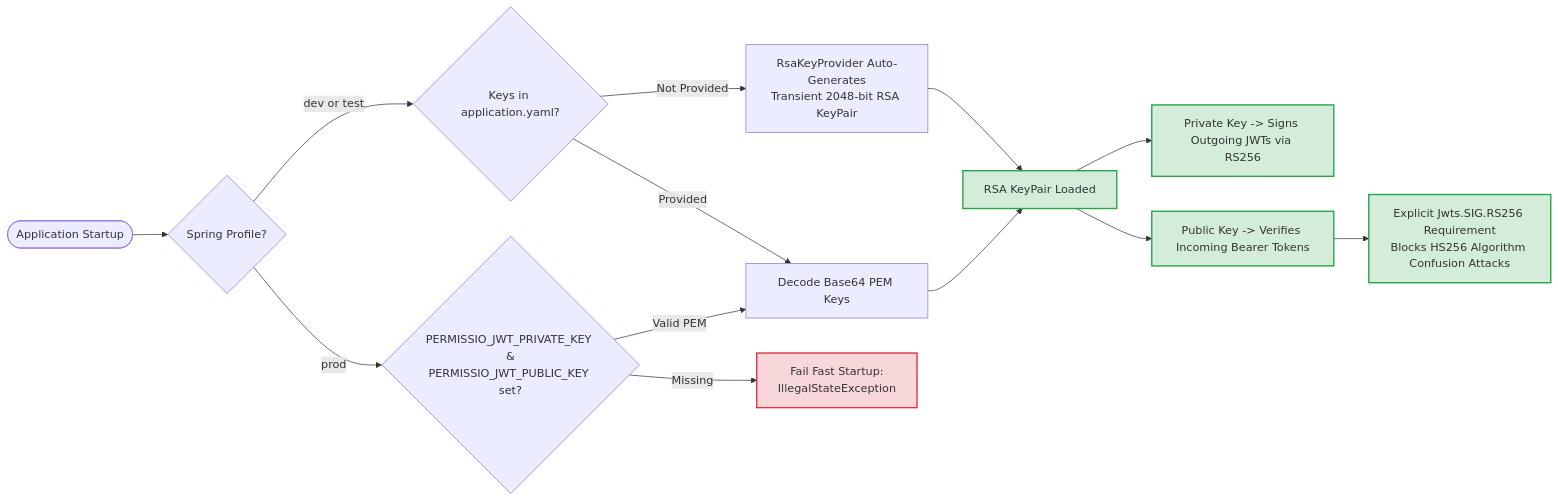
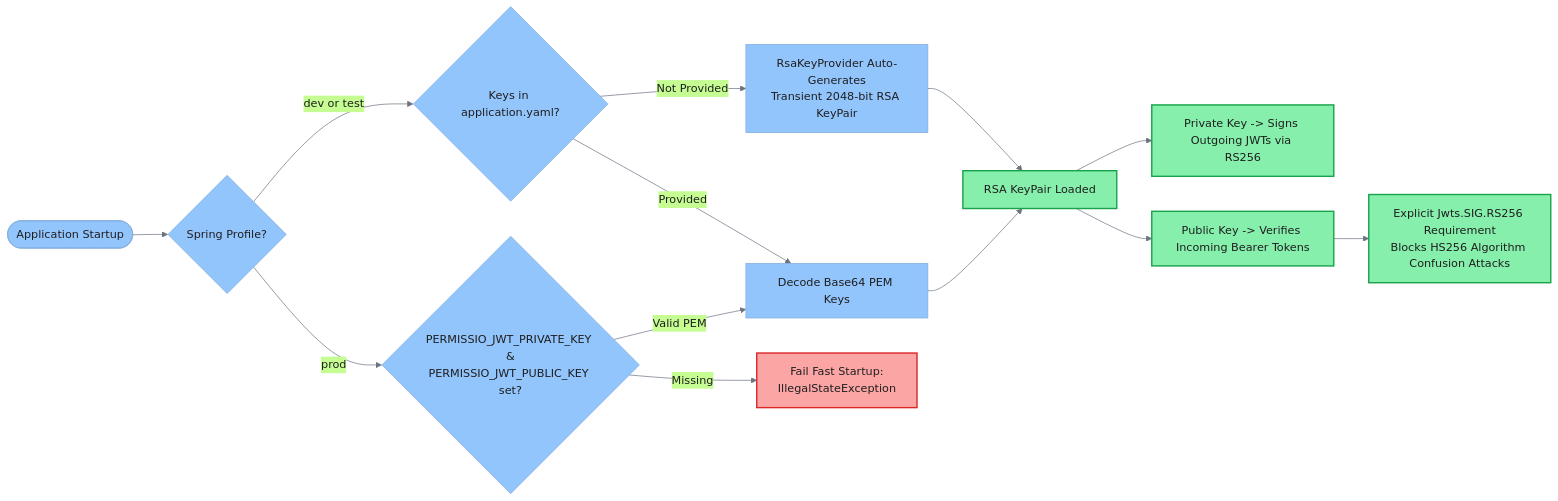
The fifth of 6 diagrams in docs/UML_LLD_DESIGN.md (PerHac13/permissio), drawn with Mermaid before and after one commit. The commit also changed other lines of this file and 4 other files, not shown here.

Commit message:
fix(security): resolve RSA key decoding formats and enhance diagram contrast

````diff
--- a/docs/UML_LLD_DESIGN.md
+++ b/docs/UML_LLD_DESIGN.md
@@ -296,24 +300,25 @@
 ```mermaid
+%%{init: {'theme': 'base', 'themeVariables': {'primaryColor': '#93c5fd', 'primaryTextColor': '#1e1e1e', 'lineColor': '#6b7280', 'textColor': '#1e1e1e'}}}%%
 flowchart LR
     Start([Application Startup]) --> CheckProfile{Spring Profile?}
     
     CheckProfile -- dev or test --> CheckConfigDev{Keys in application.yaml?}
     CheckConfigDev -- Provided --> LoadConfig[Decode Base64 PEM Keys]
     CheckConfigDev -- Not Provided --> AutoGen[RsaKeyProvider Auto-Generates<br/>Transient 2048-bit RSA KeyPair]
     
     CheckProfile -- prod --> CheckConfigProd{PERMISSIO_JWT_PRIVATE_KEY &<br/>PERMISSIO_JWT_PUBLIC_KEY set?}
     CheckConfigProd -- Missing --> FatalError[Fail Fast Startup:<br/>IllegalStateException]
     CheckConfigProd -- Valid PEM --> LoadConfig
     
     AutoGen --> Ready[RSA KeyPair Loaded]
     LoadConfig --> Ready
     
     Ready --> Sign[Private Key -> Signs Outgoing JWTs via RS256]
     Ready --> Verify[Public Key -> Verifies Incoming Bearer Tokens]
     Verify --> ConfuseBlock[Explicit Jwts.SIG.RS256 Requirement<br/>Blocks HS256 Algorithm Confusion Attacks]
 
-    classDef success fill:#d4edda,stroke:#28a745,stroke-width:2px;
-    classDef fail fill:#f8d7da,stroke:#dc3545,stroke-width:2px;
+    classDef success fill:#86efac,stroke:#16a34a,stroke-width:2px,color:#1e1e1e;
+    classDef fail fill:#fca5a5,stroke:#dc2626,stroke-width:2px,color:#1e1e1e;
     class Ready,Sign,Verify,ConfuseBlock success;
     class FatalError fail;
 ```
````
